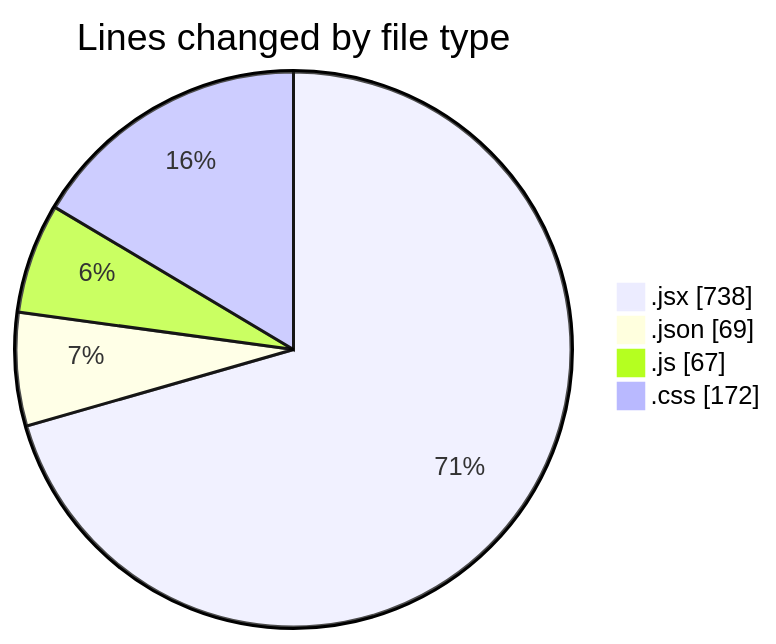
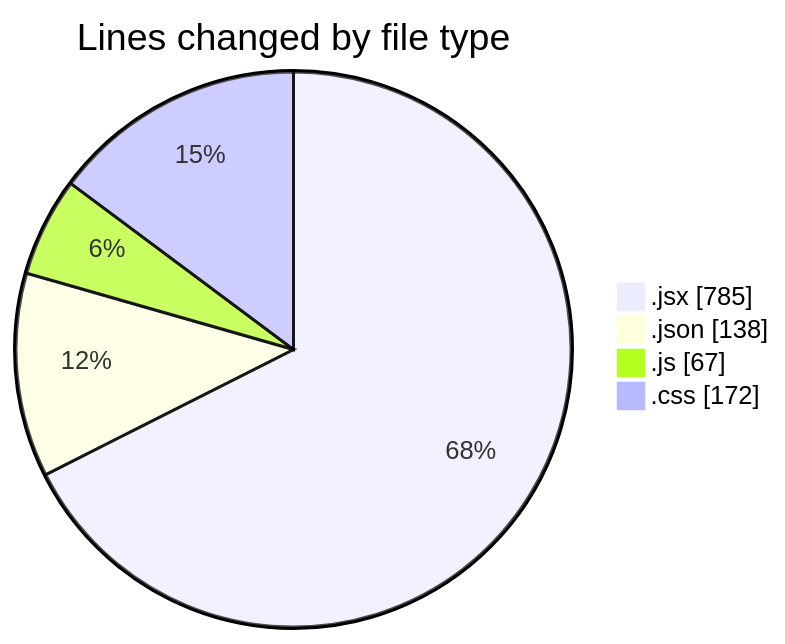
Before and after one commit to BS-eng2023/code-tracking: the first of 2 diagrams in 2025-05-04/project/README.md, drawn with Mermaid. The commit also changed other lines of this file and 1 other file, not shown here.

````diff
--- a/2025-05-04/project/README.md
+++ b/2025-05-04/project/README.md
@@ -34,8 +35,8 @@
 ```mermaid
 pie showData
 title Lines changed by file type
-".jsx" : 738
-".json" : 69
+".jsx" : 785
+".json" : 138
 ".js" : 67
 ".css" : 172
 ```
````
